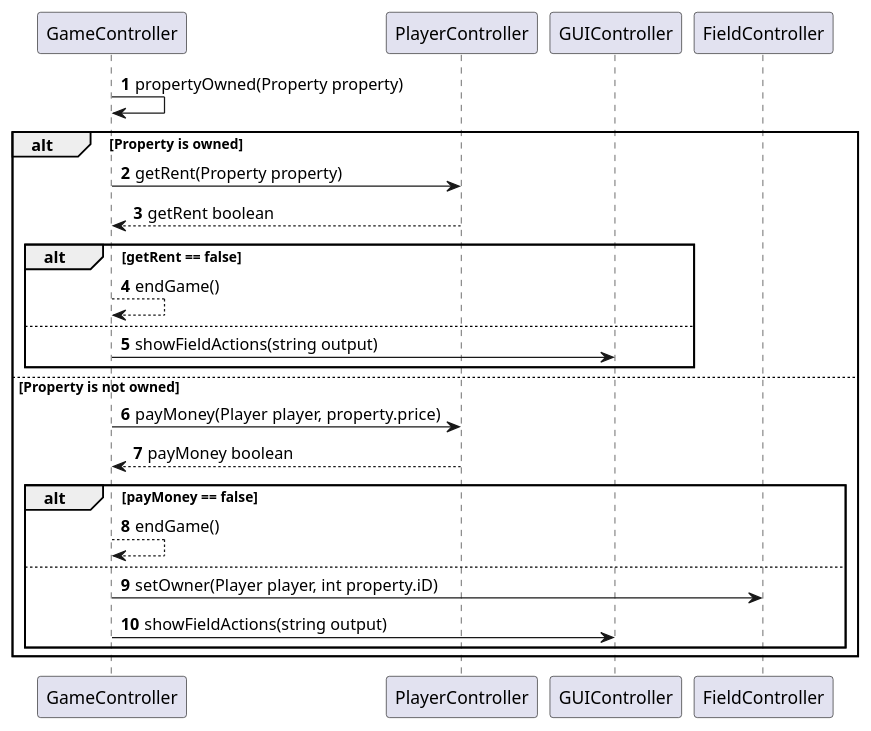
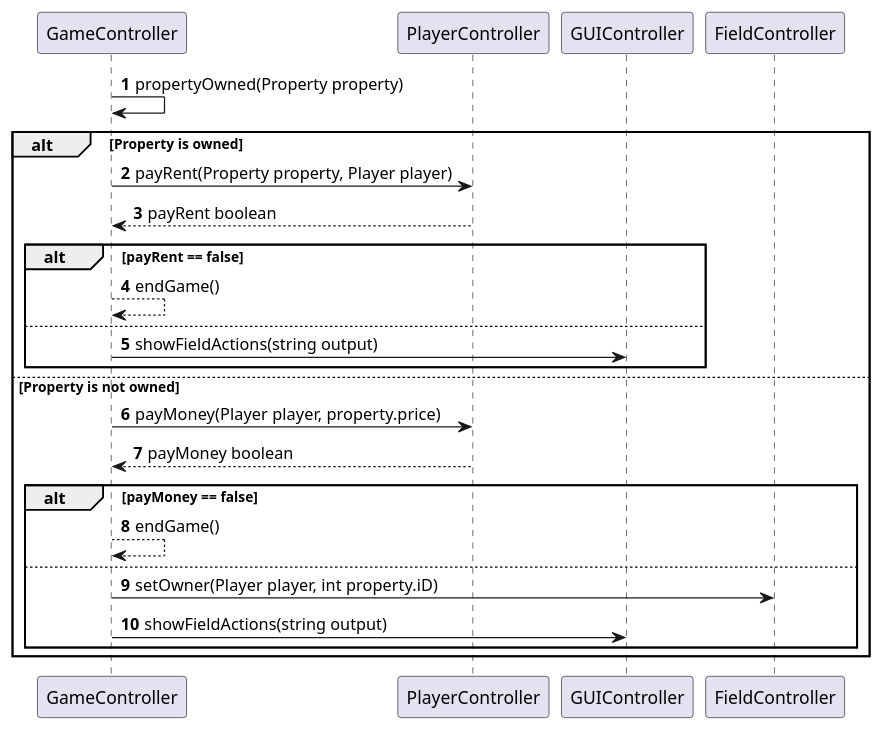
One commit to Gruppe-10-DTU/CDIO-FINAL changed the diagram in src/main/resources/LandOnPropertySequenceDiagram.puml. Above: the diagram before and after it, drawn with PlantUML.

Commit message:
Updated the sequence diagram

```diff
--- a/src/main/resources/LandOnPropertySequenceDiagram.puml
+++ b/src/main/resources/LandOnPropertySequenceDiagram.puml
@@ -1,24 +1,25 @@
 @startuml
 
 autonumber
 GameController -> GameController: propertyOwned(Property property)
 alt Property is owned
-    GameController -> PlayerController: getRent(Property property)
-    PlayerController --> GameController: getRent boolean
-    alt getRent == false
-        GameController-->GameController: endGame()
-   else
-       GameController -> GUIController: showFieldActions(string output)
-   end
+    GameController -> PlayerController: payRent(Property property, Player player)
+    PlayerController --> GameController: payRent boolean
+    alt payRent == false
+            GameController-->GameController: endGame()
+       else
+           GameController -> GUIController: showFieldActions(string output)
+       end
+
 else Property is not owned
    GameController -> PlayerController: payMoney(Player player, property.price)
    PlayerController --> GameController: payMoney boolean
 
    alt payMoney == false
     GameController-->GameController: endGame()
    else
        GameController -> FieldController: setOwner(Player player, int property.iD)
        GameController -> GUIController: showFieldActions(string output)
    end
 end
 @enduml
```
